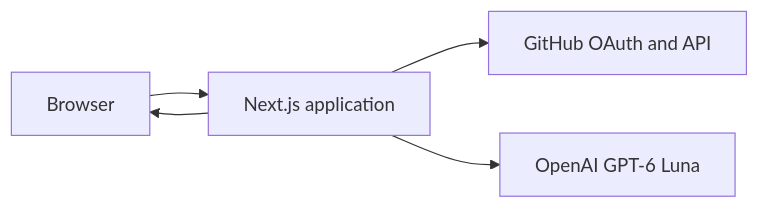
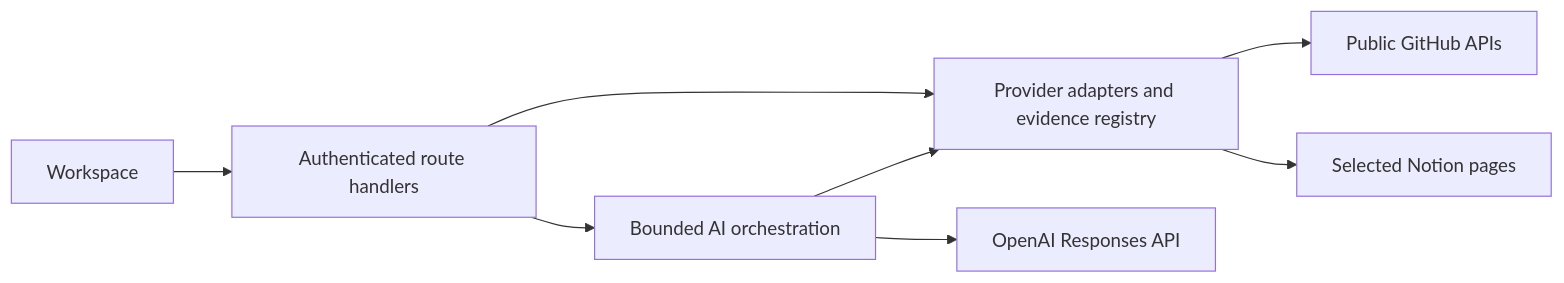
Before and after one commit to AkhilRamani/thread-ai-corto: the diagram in docs/architecture-and-design.md, drawn with Mermaid. The commit also changed other lines of this file and 116 other files, not shown here.

````diff
--- a/docs/architecture-and-design.md
+++ b/docs/architecture-and-design.md
@@ -47,7 +9,10 @@
 ```mermaid
 flowchart LR
-    Browser[Browser] --> App[Next.js application]
-    App --> GitHub[GitHub OAuth and API]
-    App --> AI[OpenAI GPT-6 Luna]
-    App --> Browser
+    UI[Workspace] --> API[Authenticated route handlers]
+    API --> Sources[Provider adapters and evidence registry]
+    Sources --> GitHub[Public GitHub APIs]
+    Sources --> Notion[Selected Notion pages]
+    API --> AI[Bounded AI orchestration]
+    AI --> Sources
+    AI --> OpenAI[OpenAI Responses API]
 ```
````
